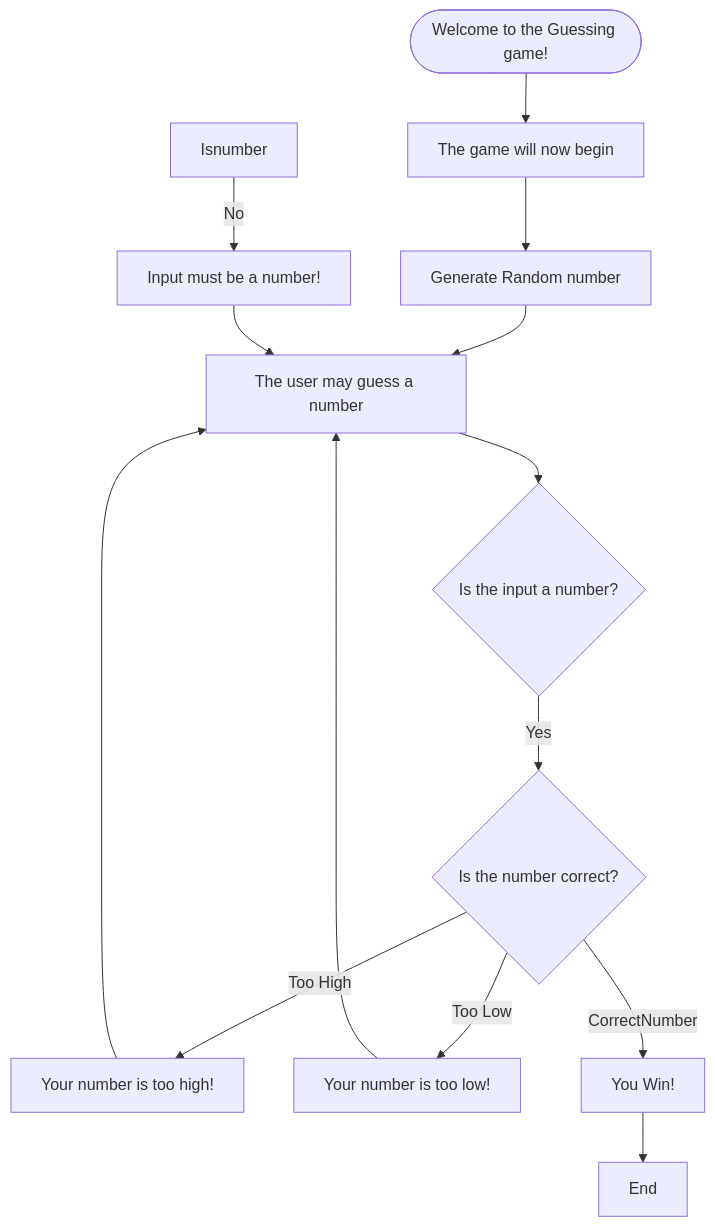
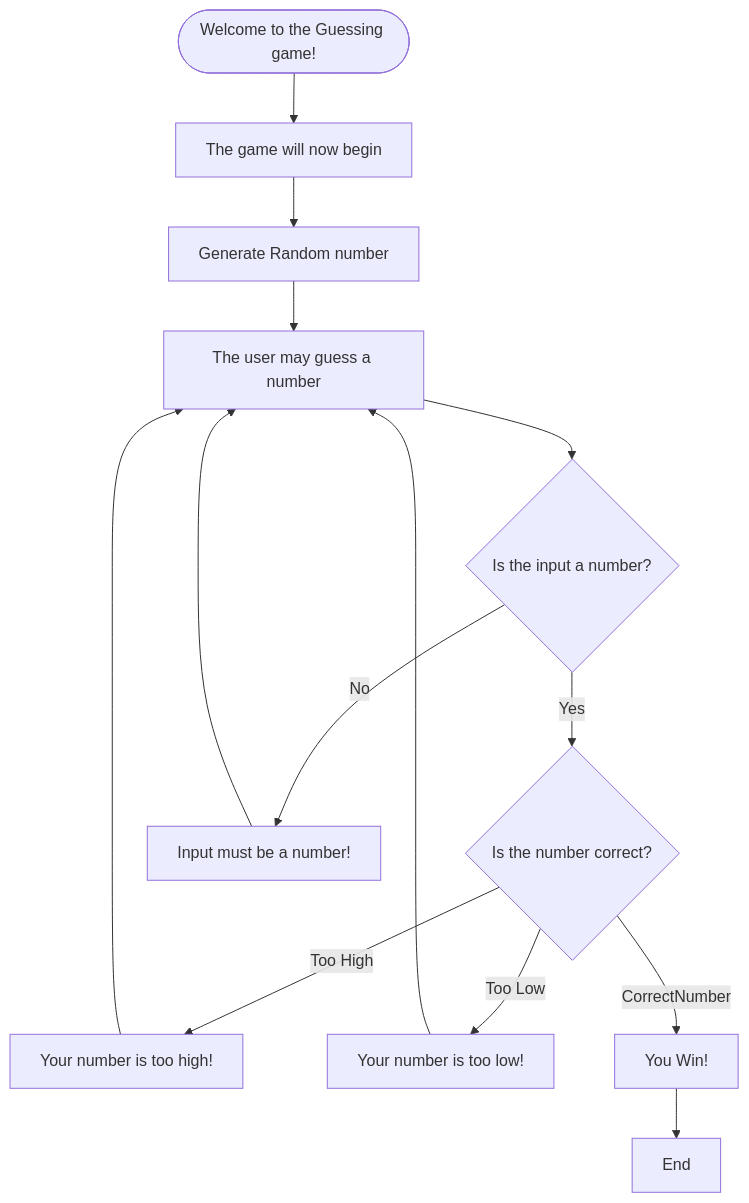
Before and after one commit to josh-keilder/josh-keilder.github.io: the diagram in Guessing.md, drawn with Mermaid.

````diff
--- a/Guessing.md
+++ b/Guessing.md
@@ -1,12 +1,12 @@
 ```mermaid
 flowchart TD
   Start([Welcome to the Guessing game!]) --> Begin[The game will now begin]
   Begin --> RandomNumber[Generate Random number]
   RandomNumber --> Input[The user may guess a number]
   Input --> IsNumber{Is the input a number?}
   IsNumber -- Yes --> CheckCorrect{Is the number correct?}
-  Isnumber -- No --> Error[Input must be a number!] --> Input
+  IsNumber -- No --> Error[Input must be a number!] --> Input
   CheckCorrect -- Too High --> HighNumber[Your number is too high!] --> Input
   CheckCorrect -- Too Low --> LowNumber[Your number is too low!] --> Input
   CheckCorrect -- CorrectNumber --> Win[You Win!] --> End[End]
 ```
````
